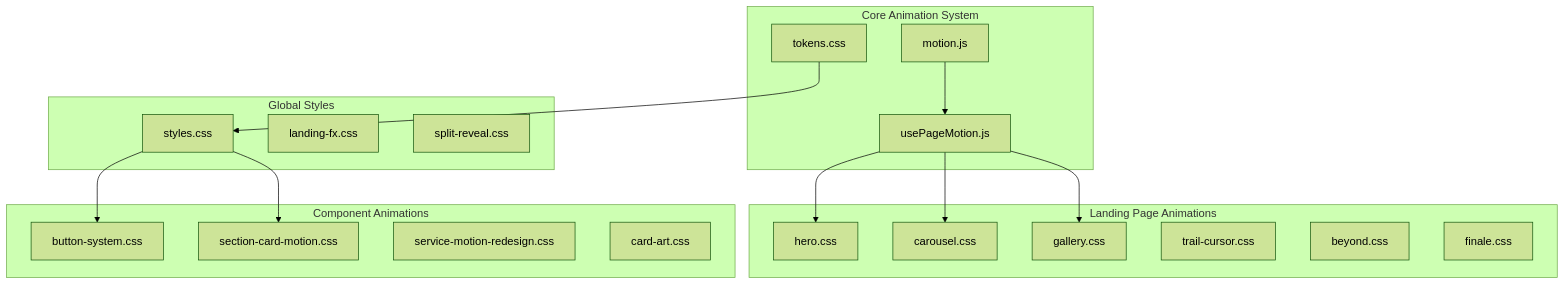
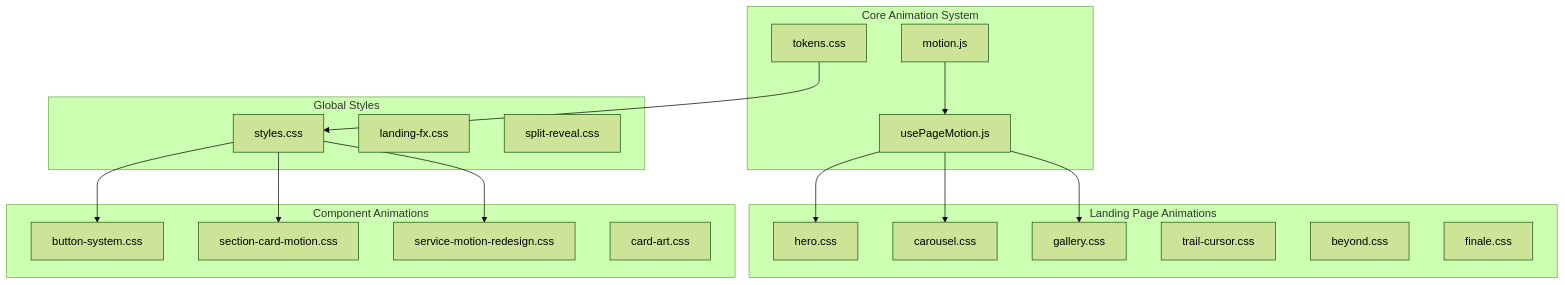
One commit to Theja4/podiummomentum changed the first of 4 diagrams in .qoder/repowiki/en/content/Styling and Design System/Animation and Motion System/CSS Animations and Transitions.md. Above: the diagram before and after it, drawn with Mermaid (forest theme). The commit also changed other lines of this file and 24 other files, not shown here.

````diff
--- a/.qoder/repowiki/en/content/Styling and Design System/Animation and Motion System/CSS Animations and Transitions.md
+++ b/.qoder/repowiki/en/content/Styling and Design System/Animation and Motion System/CSS Animations and Transitions.md
@@ -54,34 +62,35 @@
 ```mermaid
 graph TB
 subgraph "Core Animation System"
 MotionJS[motion.js]
 PageMotion[usePageMotion.js]
 Tokens[tokens.css]
 end
 subgraph "Landing Page Animations"
 HeroCSS[hero.css]
 CarouselCSS[carousel.css]
 GalleryCSS[gallery.css]
 TrailCursor[trail-cursor.css]
 BeyondCSS[beyond.css]
 FinaleCSS[finale.css]
 end
 subgraph "Component Animations"
 ButtonSystem[button-system.css]
 SectionCard[section-card-motion.css]
 ServiceMotion[service-motion-redesign.css]
 CardArt[card-art.css]
 end
 subgraph "Global Styles"
 MainStyles[styles.css]
 LandingFX[landing-fx.css]
 SplitReveal[split-reveal.css]
 end
 MotionJS --> PageMotion
 PageMotion --> HeroCSS
 PageMotion --> CarouselCSS
 PageMotion --> GalleryCSS
 Tokens --> MainStyles
 MainStyles --> ButtonSystem
 MainStyles --> SectionCard
+MainStyles --> ServiceMotion
 ```
````
